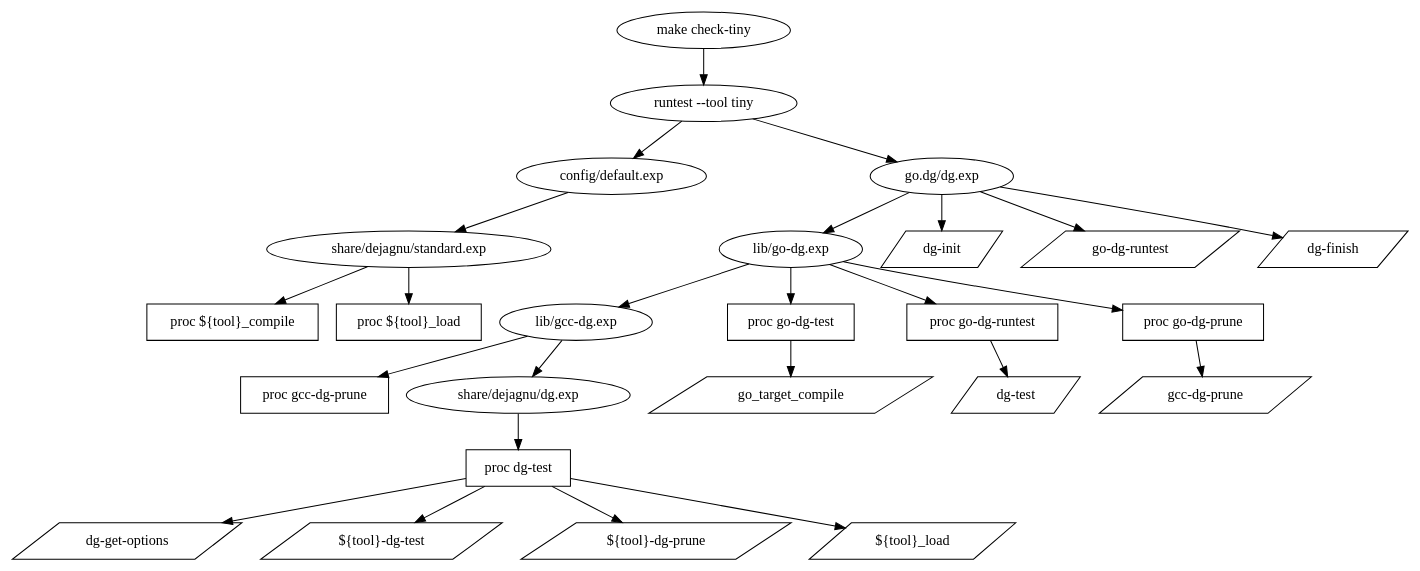
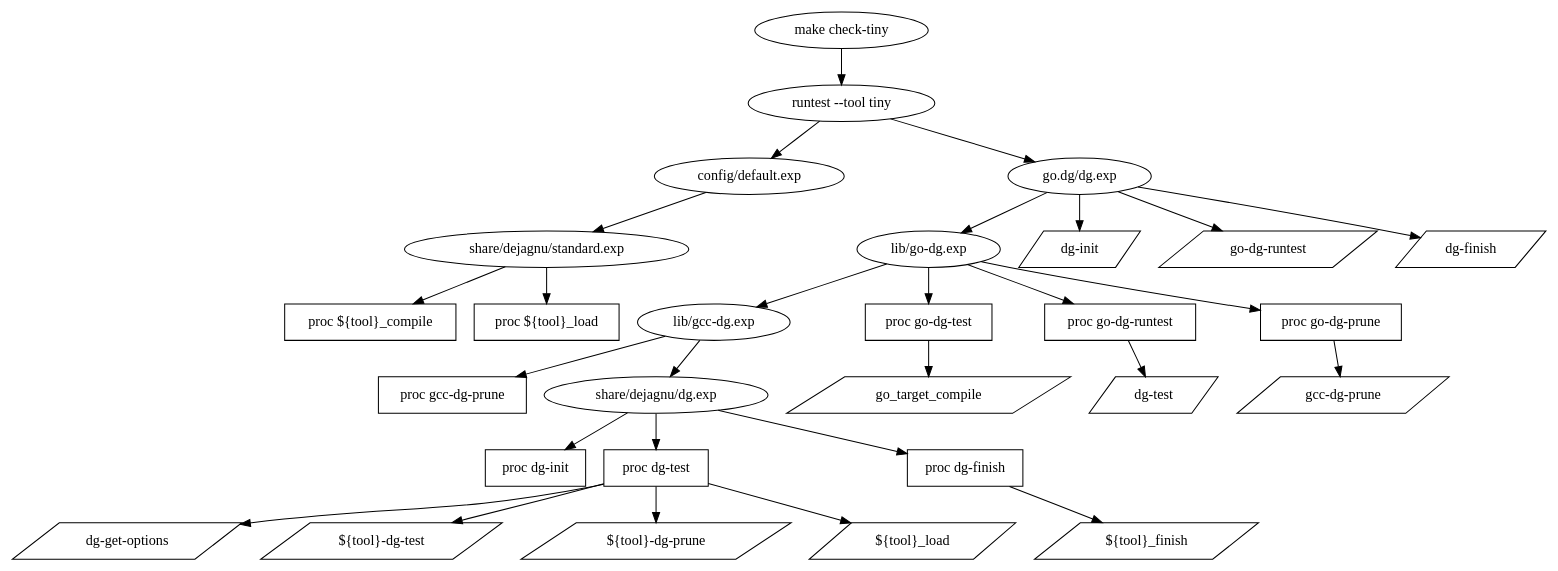
One commit to GCC-Tiny/gcc-tiny-docs-rtd changed the diagram in docs/source/part12_expect.dot. Above: the diagram before and after it, drawn with Graphviz.

Commit message:
part12: rearrange some nodes for clarity

```diff
--- a/docs/source/part12_expect.dot
+++ b/docs/source/part12_expect.dot
@@ -1,79 +1,84 @@
   digraph foo {
     "make check-tiny" -> "runtest --tool tiny" -> "config/default.exp";
     "runtest --tool tiny" -> "go.dg/dg.exp" -> "lib/go-dg.exp" -> "lib/gcc-dg.exp";
    
    //shape=box: proc definitions
    "proc ${tool}_compile" [shape=box];
    "proc ${tool}_load" [shape=box];
 
    "config/default.exp" -> "share/dejagnu/standard.exp"
    "share/dejagnu/standard.exp" -> "proc ${tool}_load";
    "share/dejagnu/standard.exp" -> "proc ${tool}_compile";
 
    //shape=parallelogram: commands
    "dg-init" [shape=parallelogram];
    "go-dg-runtest" [shape=parallelogram];
    "dg-finish" [shape=parallelogram];
 
    "go.dg/dg.exp" -> "dg-init"
    "go.dg/dg.exp" -> "go-dg-runtest"
    "go.dg/dg.exp" -> "dg-finish"
 
+   "proc dg-init" [shape=box];
    "proc dg-test" [shape=box];
+   "proc dg-finish" [shape=box];
    "proc gcc-dg-prune" [shape=box];
+   "${tool}_finish" [shape=parallelogram];
    "lib/gcc-dg.exp" -> "proc gcc-dg-prune"
    "lib/gcc-dg.exp" -> "share/dejagnu/dg.exp"
+   "share/dejagnu/dg.exp" -> "proc dg-init"
    "share/dejagnu/dg.exp" -> "proc dg-test"
+   "share/dejagnu/dg.exp" -> "proc dg-finish" -> "${tool}_finish"
 
    "dg-get-options" [shape=parallelogram];
    "${tool}-dg-test" [shape=parallelogram];
    "${tool}-dg-prune" [shape=parallelogram];
    "${tool}_load" [shape=parallelogram];
    "proc dg-test" -> "dg-get-options"
    "proc dg-test" -> "${tool}-dg-test"
    "proc dg-test" -> "${tool}-dg-prune"
    "proc dg-test" -> "${tool}_load" 
 
    "proc go-dg-test" [shape=box];
    "proc go-dg-runtest" [shape=box];
    "proc go-dg-prune" [shape=box];
 
    "lib/go-dg.exp" -> "proc go-dg-test"
    "lib/go-dg.exp" -> "proc go-dg-runtest"
    "lib/go-dg.exp" -> "proc go-dg-prune"
 
    "go_target_compile" [shape=parallelogram];
    "proc go-dg-test" -> "go_target_compile"
 
    "dg-test" [shape=parallelogram];
    "proc go-dg-runtest" -> "dg-test"
 
    "gcc-dg-prune"  [shape=parallelogram];
    "proc go-dg-prune" -> "gcc-dg-prune"
     /*
 subgraph "gcc-dg.exp" { color=blue;
 
   "lib/gcc-dg.exp" -> "lib/dg.exp";
   "lib/gcc-dg.exp" -> "lib/file-format.exp";
   "lib/gcc-dg.exp" -> "lib/target-supports.exp";
   "lib/gcc-dg.exp" -> "lib/target-supports-dg.exp";
   "lib/gcc-dg.exp" -> "lib/scanasm.exp";
   "lib/gcc-dg.exp" -> "lib/scanrtl.exp";
   "lib/gcc-dg.exp" -> "lib/scantree.exp";
   "lib/gcc-dg.exp" -> "lib/scanltranstree.exp";
   "lib/gcc-dg.exp" -> "lib/scanipa.exp";
   "lib/gcc-dg.exp" -> "lib/scanwpaipa.exp";
   "lib/gcc-dg.exp" -> "lib/scanlang.exp";
   "lib/gcc-dg.exp" -> "lib/scansarif.exp";
   "lib/gcc-dg.exp" -> "lib/timeout.exp";
   "lib/gcc-dg.exp" -> "lib/timeout-dg.exp";
   "lib/gcc-dg.exp" -> "lib/prune.exp";
   "lib/gcc-dg.exp" -> "lib/libgloss.exp";
   "lib/gcc-dg.exp" -> "lib/target-libpath.exp";
   "lib/gcc-dg.exp" -> "lib/torture-options.exp";
   "lib/gcc-dg.exp" -> "lib/fortran-modules.exp";
   "lib/gcc-dg.exp" -> "lib/multiline.exp";
 }
 */
 
    }
```
